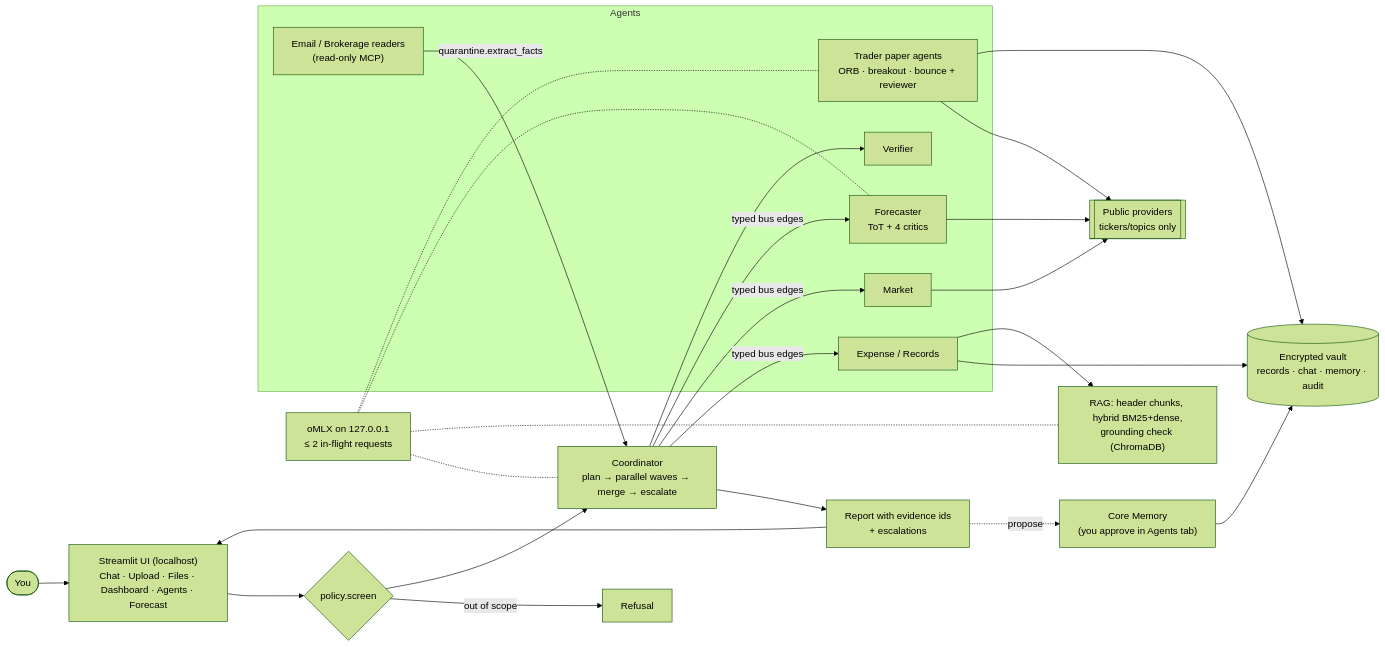
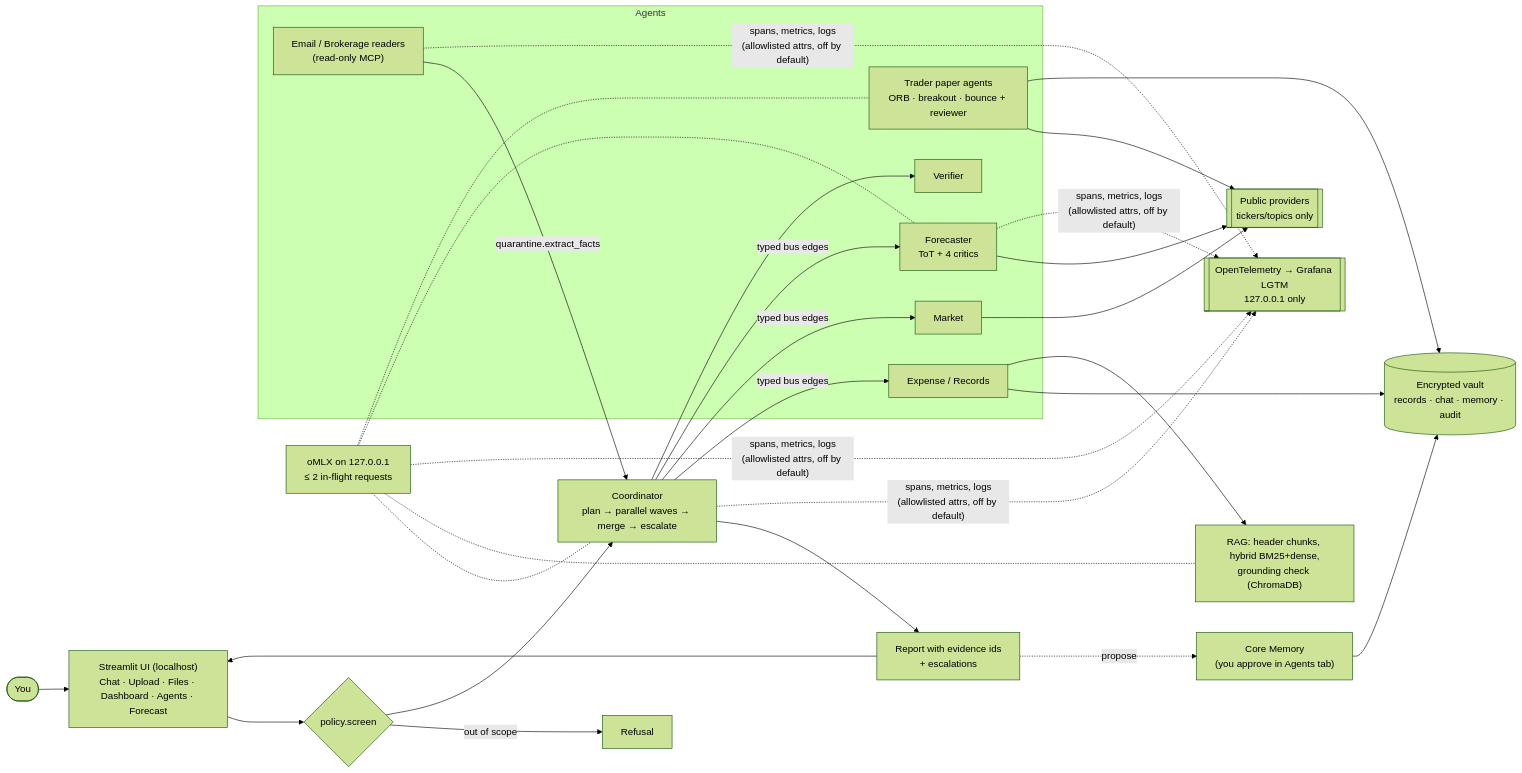
Before and after one commit to Sandyzie05/personal_ai: the first of 2 diagrams in docs/architecture.md, drawn with Mermaid (forest theme). The commit also changed other lines of this file and 31 other files, not shown here.

First line of the commit message:
feat(Track O): OpenTelemetry traces, metrics, logs to a local Grafana LGTM stack

````diff
--- a/docs/architecture.md
+++ b/docs/architecture.md
@@ -13,27 +13,28 @@
 ```mermaid
 flowchart LR
   U([You]) --> UI["Streamlit UI (localhost)<br/>Chat · Upload · Files · Dashboard · Agents · Forecast"]
   UI --> P{policy.screen}
   P -- out of scope --> R[Refusal]
   P --> C["Coordinator<br/>plan → parallel waves → merge → escalate"]
   subgraph Agents
     E["Expense / Records"]
     M["Market"]
     F["Forecaster<br/>ToT + 4 critics"]
     T["Trader paper agents<br/>ORB · breakout · bounce + reviewer"]
     V["Verifier"]
     EM["Email / Brokerage readers<br/>(read-only MCP)"]
   end
   C -- typed bus edges --> E & M & F
   C --> V
   EM -- quarantine.extract_facts --> C
   E --> VA[("Encrypted vault<br/>records · chat · memory · audit")]
   E --> RAG["RAG: header chunks, hybrid BM25+dense,<br/>grounding check (ChromaDB)"]
   M & F & T --> PUB[["Public providers<br/>tickers/topics only"]]
   T --> VA
   C --> REP["Report with evidence ids<br/>+ escalations"]
   REP --> UI
   REP -. propose .-> CM["Core Memory<br/>(you approve in Agents tab)"]
   CM --> VA
   LLM["oMLX on 127.0.0.1<br/>≤ 2 in-flight requests"] -.- C & F & T & RAG
+  C & F & EM & LLM -. "spans, metrics, logs<br/>(allowlisted attrs, off by default)" .-> OT[["OpenTelemetry → Grafana LGTM<br/>127.0.0.1 only"]]
 ```
````
